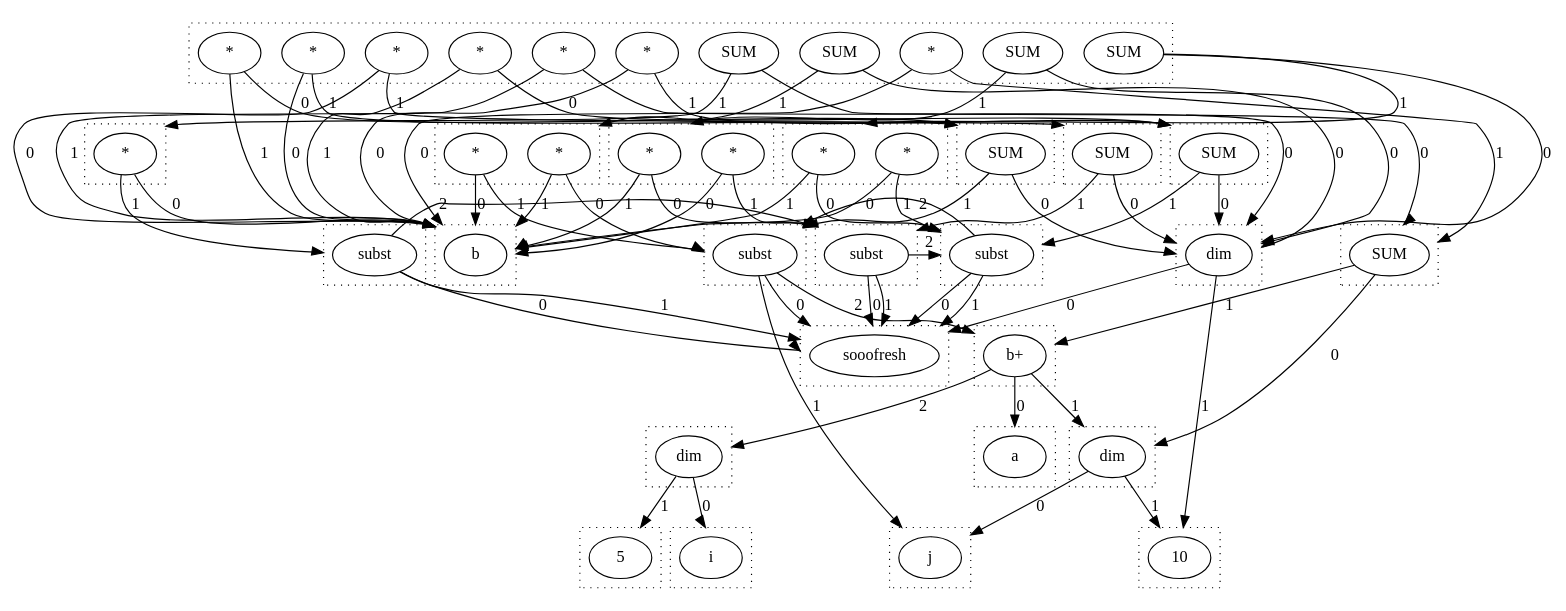
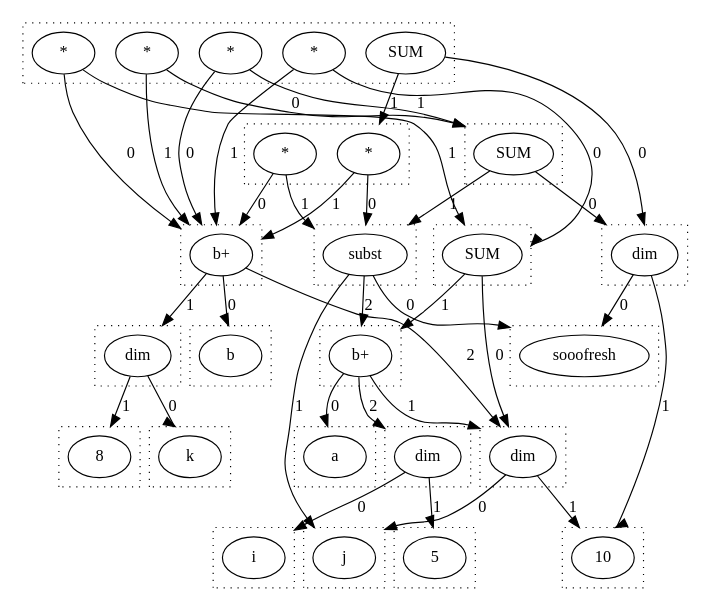
The diagram in dots/grammar.dot (wormhole-optimization/wopt), drawn with Graphviz before and after one commit. The commit also changed 3 other files, not shown here.

```diff
--- a/dots/grammar.dot
+++ b/dots/grammar.dot
@@ -1,177 +1,123 @@
 digraph {
   compound=true
   subgraph cluster_0 {
     style=dotted
     0.0[label = "b"]
   }
   subgraph cluster_1 {
     style=dotted
-    1.0[label = "j"]
+    1.0[label = "k"]
   }
   subgraph cluster_2 {
     style=dotted
-    2.0[label = "10"]
+    2.0[label = "8"]
   }
   subgraph cluster_3 {
     style=dotted
     3.0[label = "dim"]
   }
   subgraph cluster_4 {
     style=dotted
-    4.0[label = "a"]
+    4.0[label = "j"]
   }
   subgraph cluster_5 {
     style=dotted
-    5.0[label = "i"]
+    5.0[label = "10"]
   }
   subgraph cluster_6 {
     style=dotted
-    6.0[label = "5"]
+    6.0[label = "dim"]
   }
   subgraph cluster_7 {
     style=dotted
-    7.0[label = "dim"]
+    7.0[label = "b+"]
   }
   subgraph cluster_8 {
     style=dotted
-    8.0[label = "b+"]
+    8.0[label = "a"]
   }
   subgraph cluster_9 {
     style=dotted
-    9.0[label = "SUM"]
+    9.0[label = "i"]
   }
   subgraph cluster_10 {
     style=dotted
-    10.0[label = "*"]
-    10.1[label = "*"]
-    10.2[label = "SUM"]
-    10.3[label = "*"]
-    10.4[label = "SUM"]
-    10.5[label = "*"]
-    10.6[label = "*"]
-    10.7[label = "SUM"]
-    10.8[label = "*"]
-    10.9[label = "*"]
-    10.10[label = "SUM"]
+    10.0[label = "5"]
+  }
+  subgraph cluster_11 {
+    style=dotted
+    11.0[label = "dim"]
   }
   subgraph cluster_12 {
     style=dotted
-    12.0[label = "sooofresh"]
+    12.0[label = "b+"]
   }
   subgraph cluster_13 {
     style=dotted
-    13.0[label = "dim"]
+    13.0[label = "SUM"]
   }
   subgraph cluster_14 {
     style=dotted
-    14.0[label = "subst"]
+    14.0[label = "*"]
+    14.1[label = "*"]
+    14.2[label = "SUM"]
+    14.3[label = "*"]
+    14.4[label = "*"]
   }
-  subgraph cluster_15 {
+  subgraph cluster_16 {
     style=dotted
-    15.0[label = "*"]
-    15.1[label = "*"]
+    16.0[label = "sooofresh"]
+  }
+  subgraph cluster_17 {
+    style=dotted
+    17.0[label = "dim"]
   }
   subgraph cluster_18 {
     style=dotted
-    18.0[label = "SUM"]
+    18.0[label = "subst"]
   }
-  subgraph cluster_20 {
+  subgraph cluster_19 {
     style=dotted
-    20.0[label = "subst"]
+    19.0[label = "*"]
+    19.1[label = "*"]
   }
-  subgraph cluster_21 {
+  subgraph cluster_22 {
     style=dotted
-    21.0[label = "*"]
-    21.1[label = "*"]
-  }
-  subgraph cluster_25 {
-    style=dotted
-    25.0[label = "SUM"]
-  }
-  subgraph cluster_27 {
-    style=dotted
-    27.0[label = "subst"]
-  }
-  subgraph cluster_28 {
-    style=dotted
-    28.0[label = "*"]
-    28.1[label = "*"]
-  }
-  subgraph cluster_32 {
-    style=dotted
-    32.0[label = "SUM"]
-  }
-  subgraph cluster_34 {
-    style=dotted
-    34.0[label = "subst"]
-  }
-  subgraph cluster_35 {
-    style=dotted
-    35.0[label = "*"]
+    22.0[label = "SUM"]
   }
   3.0 -> 1.0 [lhead = cluster_1, label = 0]
   3.0 -> 2.0 [lhead = cluster_2, label = 1]
-  7.0 -> 5.0 [lhead = cluster_5, label = 0]
-  7.0 -> 6.0 [lhead = cluster_6, label = 1]
-  8.0 -> 4.0 [lhead = cluster_4, label = 0]
-  8.0 -> 3.0 [lhead = cluster_3, label = 1]
-  8.0 -> 7.0 [lhead = cluster_7, label = 2]
-  9.0 -> 3.0 [lhead = cluster_3, label = 0]
-  9.0 -> 8.0 [lhead = cluster_8, label = 1]
-  10.0 -> 9.0 [lhead = cluster_9, label = 0]
-  10.0 -> 0.0 [lhead = cluster_0, label = 1]
-  10.1 -> 0.0 [lhead = cluster_0, label = 0]
-  10.1 -> 9.0 [lhead = cluster_9, label = 1]
-  10.2 -> 13.0 [lhead = cluster_13, label = 0]
-  10.2 -> 15.0 [lhead = cluster_15, label = 1]
-  10.3 -> 0.0 [lhead = cluster_0, label = 0]
-  10.3 -> 18.0 [lhead = cluster_18, label = 1]
-  10.4 -> 13.0 [lhead = cluster_13, label = 0]
-  10.4 -> 21.0 [lhead = cluster_21, label = 1]
-  10.5 -> 18.0 [lhead = cluster_18, label = 0]
-  10.5 -> 0.0 [lhead = cluster_0, label = 1]
-  10.6 -> 0.0 [lhead = cluster_0, label = 0]
-  10.6 -> 25.0 [lhead = cluster_25, label = 1]
-  10.7 -> 13.0 [lhead = cluster_13, label = 0]
-  10.7 -> 28.0 [lhead = cluster_28, label = 1]
-  10.8 -> 25.0 [lhead = cluster_25, label = 0]
-  10.8 -> 0.0 [lhead = cluster_0, label = 1]
-  10.9 -> 0.0 [lhead = cluster_0, label = 0]
-  10.9 -> 32.0 [lhead = cluster_32, label = 1]
-  10.10 -> 13.0 [lhead = cluster_13, label = 0]
-  10.10 -> 35.0 [lhead = cluster_35, label = 1]
-  13.0 -> 12.0 [lhead = cluster_12, label = 0]
-  13.0 -> 2.0 [lhead = cluster_2, label = 1]
-  14.0 -> 12.0 [lhead = cluster_12, label = 0]
-  14.0 -> 1.0 [lhead = cluster_1, label = 1]
-  14.0 -> 8.0 [lhead = cluster_8, label = 2]
-  15.0 -> 14.0 [lhead = cluster_14, label = 0]
-  15.0 -> 0.0 [lhead = cluster_0, label = 1]
-  15.1 -> 0.0 [lhead = cluster_0, label = 0]
-  15.1 -> 14.0 [lhead = cluster_14, label = 1]
-  18.0 -> 13.0 [lhead = cluster_13, label = 0]
-  18.0 -> 14.0 [lhead = cluster_14, label = 1]
-  20.0 -> 12.0 [lhead = cluster_12, label = 0]
-  20.0 -> 12.0 [lhead = cluster_12, label = 1]
-  20.0 -> 14.0 [lhead = cluster_14, label = 2]
-  21.0 -> 20.0 [lhead = cluster_20, label = 0]
-  21.0 -> 0.0 [lhead = cluster_0, label = 1]
-  21.1 -> 0.0 [lhead = cluster_0, label = 0]
-  21.1 -> 20.0 [lhead = cluster_20, label = 1]
-  25.0 -> 13.0 [lhead = cluster_13, label = 0]
-  25.0 -> 20.0 [lhead = cluster_20, label = 1]
-  27.0 -> 12.0 [lhead = cluster_12, label = 0]
-  27.0 -> 12.0 [lhead = cluster_12, label = 1]
-  27.0 -> 20.0 [lhead = cluster_20, label = 2]
-  28.0 -> 27.0 [lhead = cluster_27, label = 0]
-  28.0 -> 0.0 [lhead = cluster_0, label = 1]
-  28.1 -> 0.0 [lhead = cluster_0, label = 0]
-  28.1 -> 27.0 [lhead = cluster_27, label = 1]
-  32.0 -> 13.0 [lhead = cluster_13, label = 0]
-  32.0 -> 27.0 [lhead = cluster_27, label = 1]
-  34.0 -> 12.0 [lhead = cluster_12, label = 0]
-  34.0 -> 12.0 [lhead = cluster_12, label = 1]
-  34.0 -> 27.0 [lhead = cluster_27, label = 2]
-  35.0 -> 0.0 [lhead = cluster_0, label = 0]
-  35.0 -> 34.0 [lhead = cluster_34, label = 1]
+  6.0 -> 4.0 [lhead = cluster_4, label = 0]
+  6.0 -> 5.0 [lhead = cluster_5, label = 1]
+  7.0 -> 0.0 [lhead = cluster_0, label = 0]
+  7.0 -> 3.0 [lhead = cluster_3, label = 1]
+  7.0 -> 6.0 [lhead = cluster_6, label = 2]
+  11.0 -> 9.0 [lhead = cluster_9, label = 0]
+  11.0 -> 10.0 [lhead = cluster_10, label = 1]
+  12.0 -> 8.0 [lhead = cluster_8, label = 0]
+  12.0 -> 6.0 [lhead = cluster_6, label = 1]
+  12.0 -> 11.0 [lhead = cluster_11, label = 2]
+  13.0 -> 6.0 [lhead = cluster_6, label = 0]
+  13.0 -> 12.0 [lhead = cluster_12, label = 1]
+  14.0 -> 13.0 [lhead = cluster_13, label = 0]
+  14.0 -> 7.0 [lhead = cluster_7, label = 1]
+  14.1 -> 7.0 [lhead = cluster_7, label = 0]
+  14.1 -> 13.0 [lhead = cluster_13, label = 1]
+  14.2 -> 17.0 [lhead = cluster_17, label = 0]
+  14.2 -> 19.0 [lhead = cluster_19, label = 1]
+  14.3 -> 7.0 [lhead = cluster_7, label = 0]
+  14.3 -> 22.0 [lhead = cluster_22, label = 1]
+  14.4 -> 22.0 [lhead = cluster_22, label = 0]
+  14.4 -> 7.0 [lhead = cluster_7, label = 1]
+  17.0 -> 16.0 [lhead = cluster_16, label = 0]
+  17.0 -> 5.0 [lhead = cluster_5, label = 1]
+  18.0 -> 16.0 [lhead = cluster_16, label = 0]
+  18.0 -> 4.0 [lhead = cluster_4, label = 1]
+  18.0 -> 12.0 [lhead = cluster_12, label = 2]
+  19.0 -> 18.0 [lhead = cluster_18, label = 0]
+  19.0 -> 7.0 [lhead = cluster_7, label = 1]
+  19.1 -> 7.0 [lhead = cluster_7, label = 0]
+  19.1 -> 18.0 [lhead = cluster_18, label = 1]
+  22.0 -> 17.0 [lhead = cluster_17, label = 0]
+  22.0 -> 18.0 [lhead = cluster_18, label = 1]
 }
```
